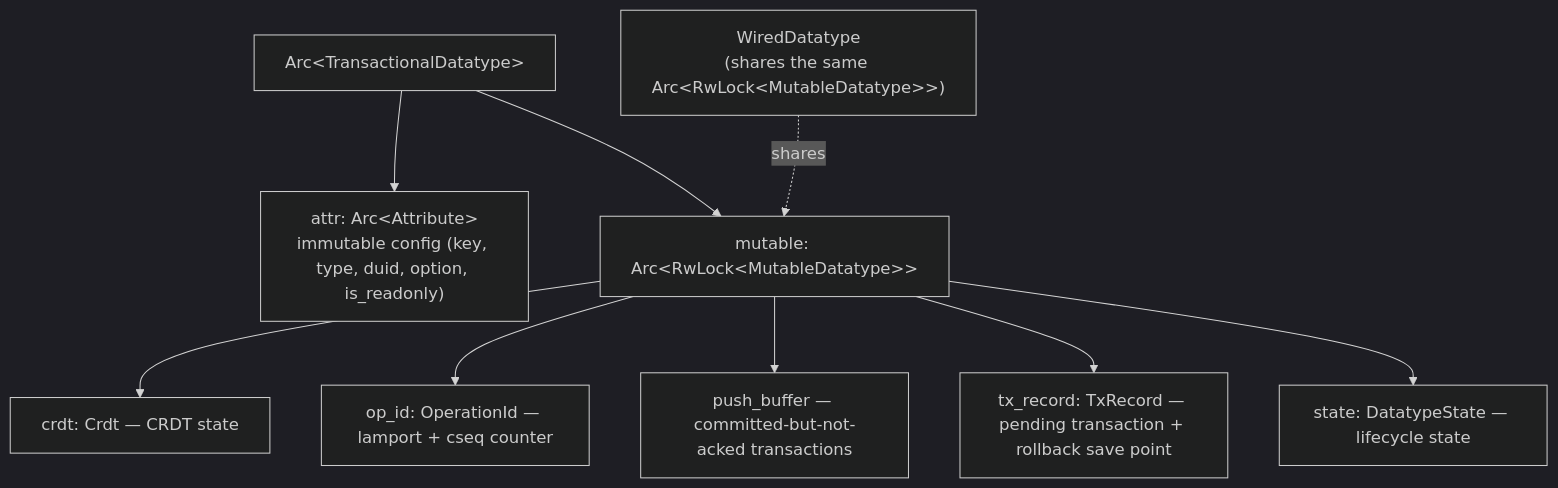
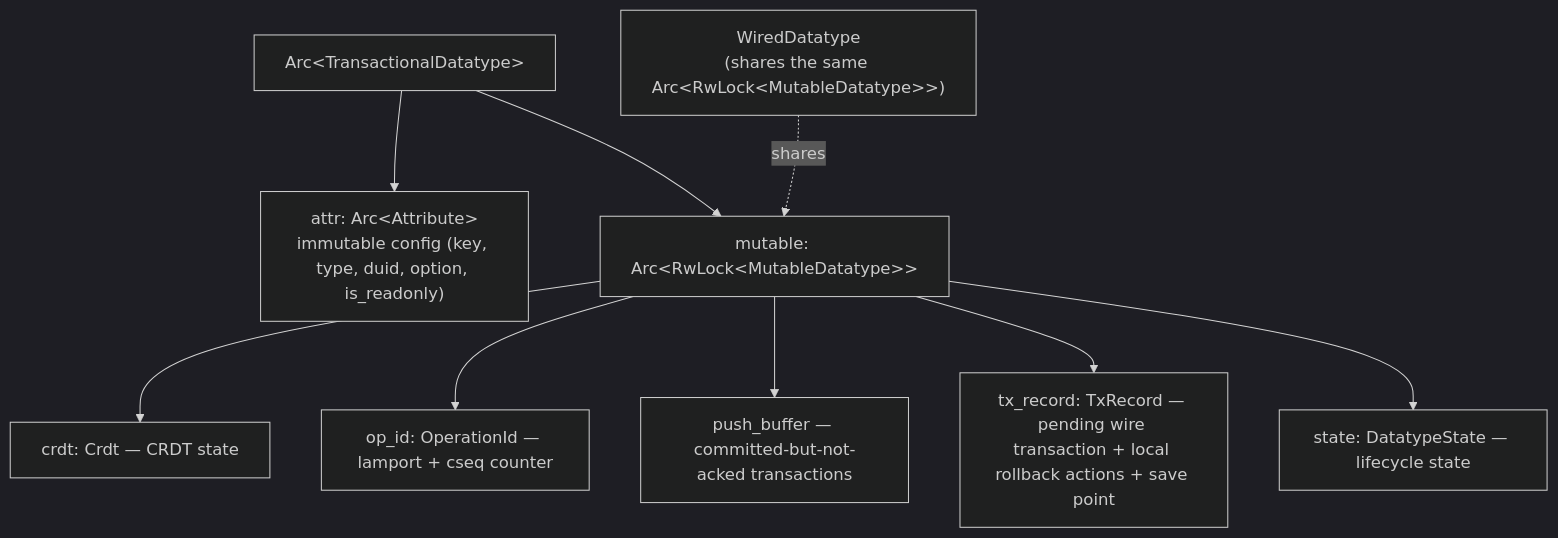
One commit to qortoo/qortoo-rs changed the second of 4 diagrams in docs/architecture.md. Above: the diagram before and after it, drawn with Mermaid (dark theme). The commit also changed other lines of this file and 44 other files, not shown here.

````diff
--- a/docs/architecture.md
+++ b/docs/architecture.md
@@ -39,21 +39,21 @@
 ```mermaid
 flowchart TD
     ATD["Arc&lt;TransactionalDatatype&gt;"]
     ATTR["attr: Arc&lt;Attribute&gt;\nimmutable config (key, type, duid, option, is_readonly)"]
     MUT["mutable: Arc&lt;RwLock&lt;MutableDatatype&gt;&gt;"]
     CRDT["crdt: Crdt — CRDT state"]
     OPID["op_id: OperationId — lamport + cseq counter"]
     PB["push_buffer — committed-but-not-acked transactions"]
-    TXR["tx_record: TxRecord — pending transaction + rollback save point"]
+    TXR["tx_record: TxRecord — pending wire transaction + local rollback actions + save point"]
     STATE["state: DatatypeState — lifecycle state"]
     WD["WiredDatatype\n(shares the same Arc&lt;RwLock&lt;MutableDatatype&gt;&gt;)"]
 
     ATD --> ATTR
     ATD --> MUT
     MUT --> CRDT
     MUT --> OPID
     MUT --> PB
     MUT --> TXR
     MUT --> STATE
     WD -.->|shares| MUT
 ```
````
